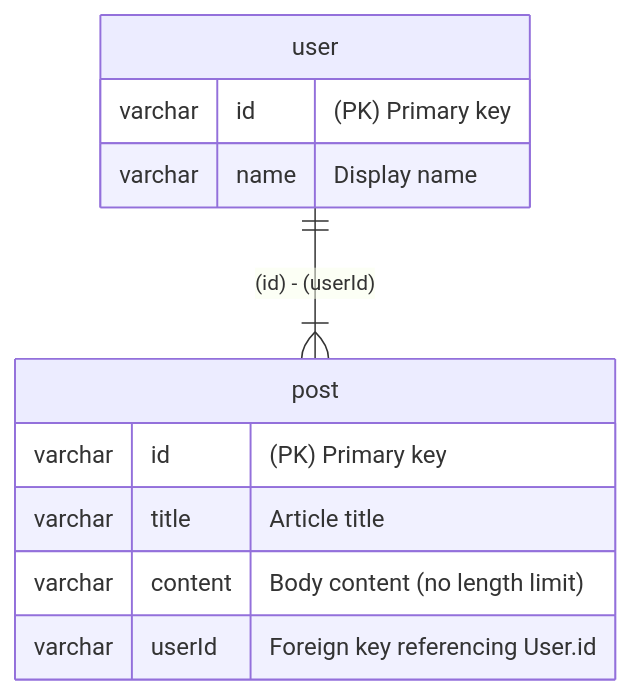
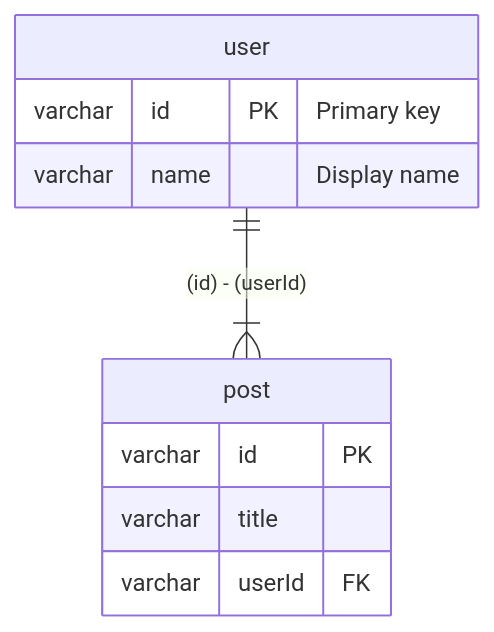
One commit to nakita628/sizuku changed the diagram in README.md. Above: the diagram before and after it, drawn with Mermaid. The commit also changed other lines of this file and 2 other files, not shown here.

````diff
--- a/README.md
+++ b/README.md
@@ -302,14 +255,13 @@
 ```mermaid
 erDiagram
     user ||--}| post : "(id) - (userId)"
     user {
-        varchar id "(PK) Primary key"
+        varchar id PK "Primary key"
         varchar name "Display name"
     }
     post {
-        varchar id "(PK) Primary key"
-        varchar title "Article title"
-        varchar content "Body content (no length limit)"
-        varchar userId "Foreign key referencing User.id"
+        varchar id PK
+        varchar title
+        varchar userId FK
     }
 ```
````
